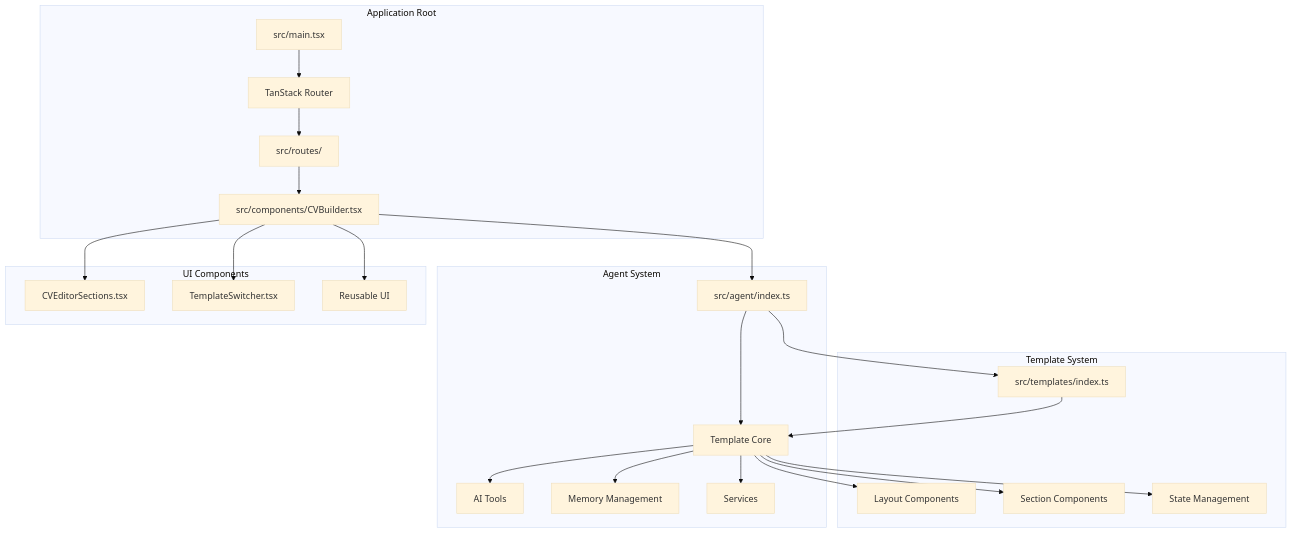
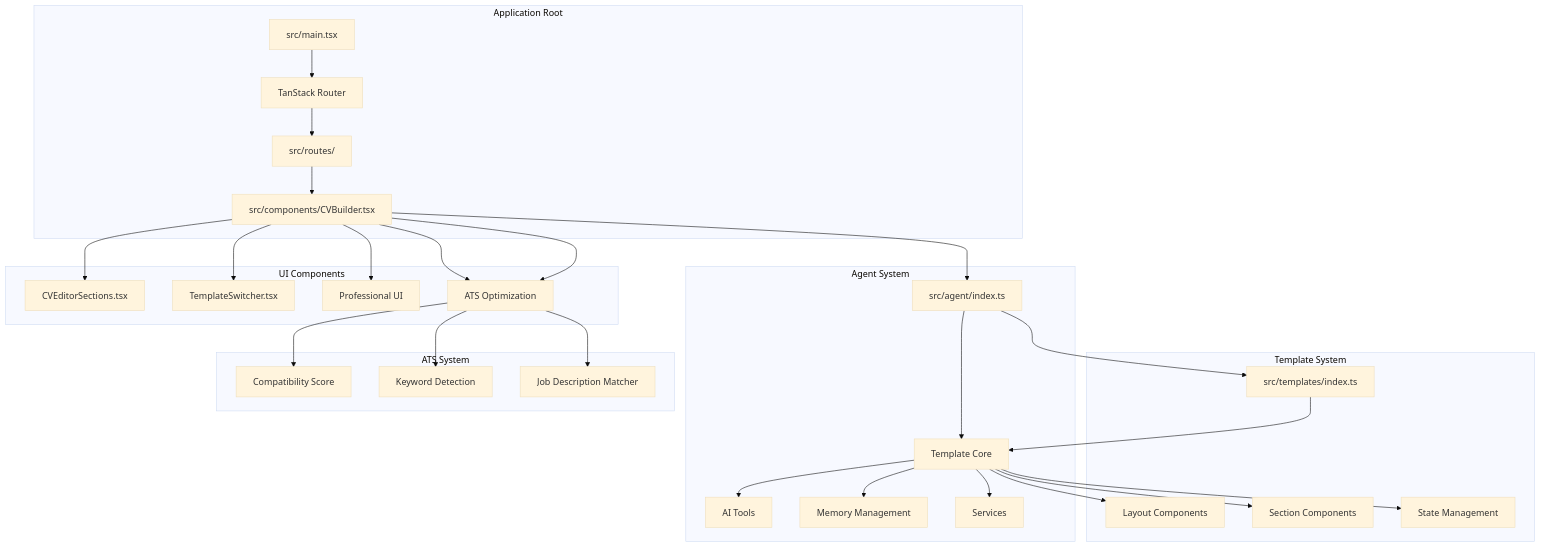
The first of 10 diagrams in .qoder/repowiki/en/content/User Interface Components/Standalone CV Builder.md (DoVuDung/cv-portfolio-builder), drawn with Mermaid (base theme) before and after one commit. The commit also changed other lines of this file and 4 other files, not shown here.

First line of the commit message:
docs(ATS): add comprehensive ATS optimization guide

````diff
--- a/.qoder/repowiki/en/content/User Interface Components/Standalone CV Builder.md
+++ b/.qoder/repowiki/en/content/User Interface Components/Standalone CV Builder.md
@@ -55,27 +76,34 @@
 ```mermaid
 graph TB
 subgraph "Application Root"
 Main[src/main.tsx] --> Router[TanStack Router]
 Router --> Routes[src/routes/]
 Routes --> CVBuilder[src/components/CVBuilder.tsx]
 end
 subgraph "Agent System"
 AgentIndex[src/agent/index.ts] --> Core[Core Components]
 Core --> Tools[AI Tools]
 Core --> Memory[Memory Management]
 Core --> Services[Services]
 end
 subgraph "Template System"
 TemplatesIndex[src/templates/index.ts] --> Core[Template Core]
 Core --> Layouts[Layout Components]
 Core --> Sections[Section Components]
 Core --> Store[State Management]
 end
 subgraph "UI Components"
 CVBuilder --> EditorSections[CVEditorSections.tsx]
 CVBuilder --> TemplateSwitcher[TemplateSwitcher.tsx]
-CVBuilder --> UIComponents[Reusable UI]
+CVBuilder --> UIComponents[Professional UI]
+CVBuilder --> ATSEngine[ATS Optimization]
+end
+subgraph "ATS System"
+ATSEngine --> ATSScore[Compatibility Score]
+ATSEngine --> KeywordDetection[Keyword Detection]
+ATSEngine --> JobMatcher[Job Description Matcher]
 end
 AgentIndex --> TemplatesIndex
 CVBuilder --> AgentIndex
+CVBuilder --> ATSEngine
 ```
````
